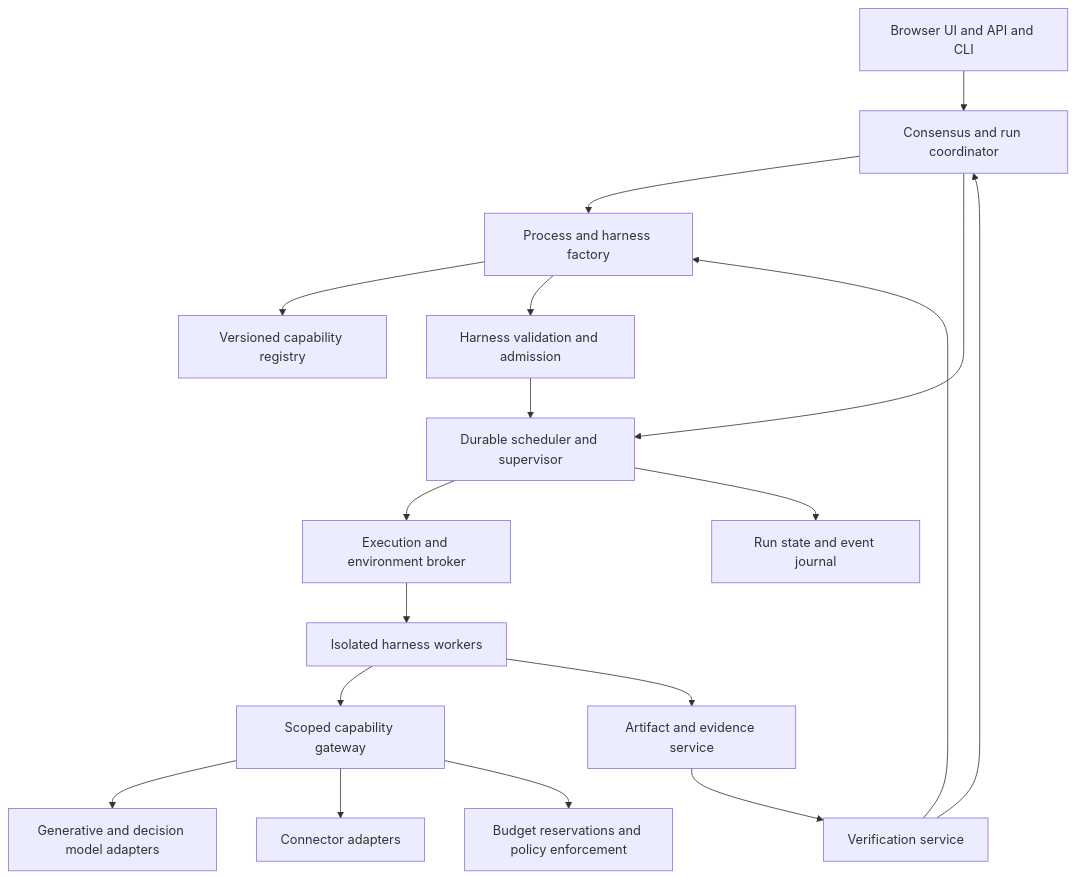
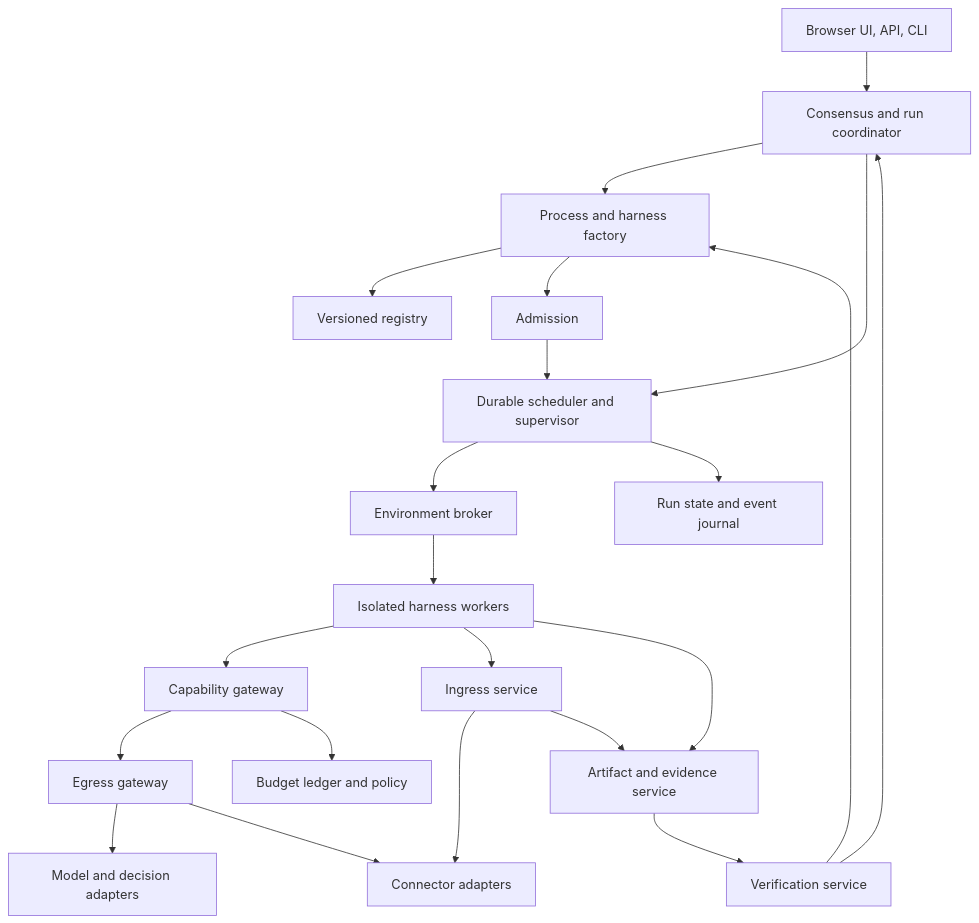
Before and after one commit to sfw/Loom2: the first of 3 diagrams in README.md, drawn with Mermaid. The commit also changed other lines of this file and 2 other files, not shown here.

First line of the commit message:
Restructure L2 brief and add security and decision-model docs

````diff
--- a/README.md
+++ b/README.md
@@ -57,20 +115,24 @@
 ```mermaid
 flowchart TD
-    UI[Browser UI and API and CLI] --> CO[Consensus and run coordinator]
+    UI[Browser UI, API, CLI] --> CO[Consensus and run coordinator]
     CO --> FACT[Process and harness factory]
     CO --> RUN[Durable scheduler and supervisor]
-    FACT --> REG[Versioned capability registry]
-    FACT --> VAL[Harness validation and admission]
+    FACT --> REG[Versioned registry]
+    FACT --> VAL[Admission]
     VAL --> RUN
-    RUN --> BROKER[Execution and environment broker]
+    RUN --> BROKER[Environment broker]
     BROKER --> WORK[Isolated harness workers]
-    WORK --> GATE[Scoped capability gateway]
-    GATE --> MODEL[Generative and decision model adapters]
-    GATE --> CONN[Connector adapters]
+    WORK --> GATE[Capability gateway]
+    WORK --> INGRESS[Ingress service]
     WORK --> ART[Artifact and evidence service]
-    RUN --> STATE[Run state and event journal]
-    GATE --> BUDGET[Budget reservations and policy enforcement]
+    INGRESS --> CONN[Connector adapters]
+    INGRESS --> ART
+    GATE --> EGRESS[Egress gateway]
+    GATE --> BUDGET[Budget ledger and policy]
+    EGRESS --> MODEL[Model and decision adapters]
+    EGRESS --> CONN
     ART --> VERIFY[Verification service]
     VERIFY --> CO
     VERIFY --> FACT
+    RUN --> STATE[Run state and event journal]
 ```
````
